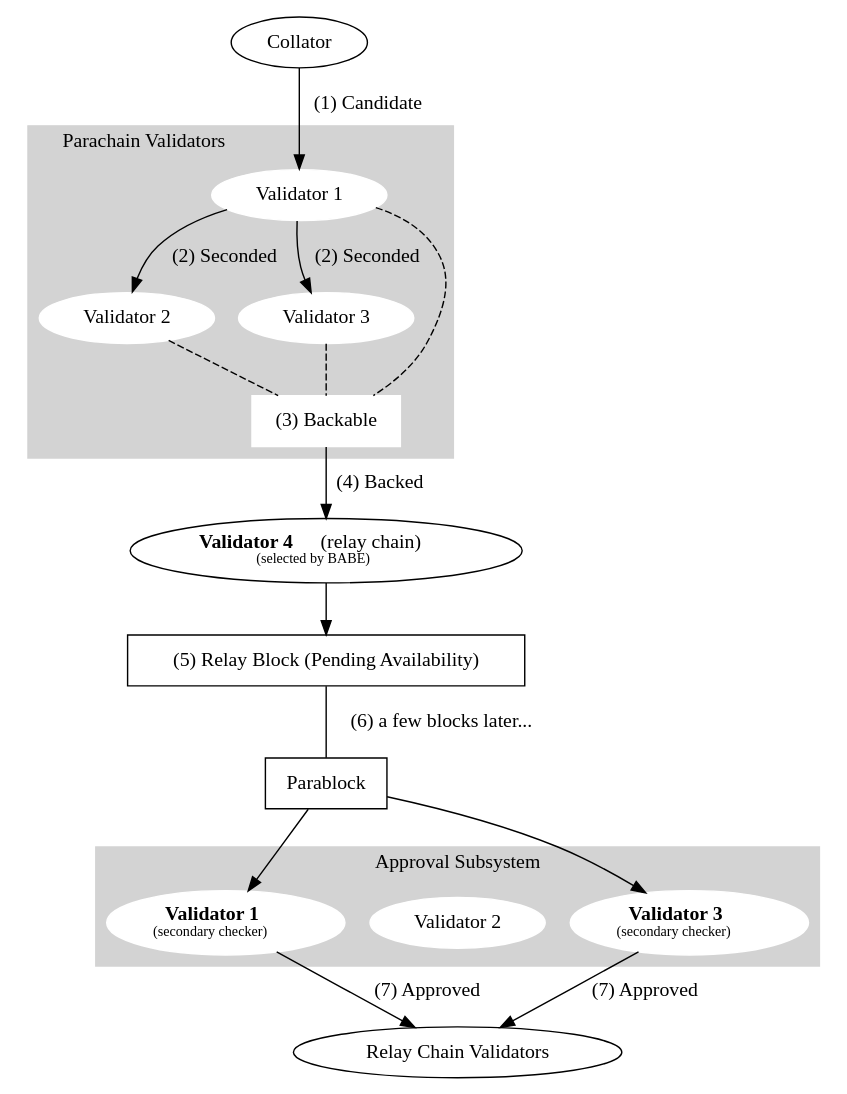
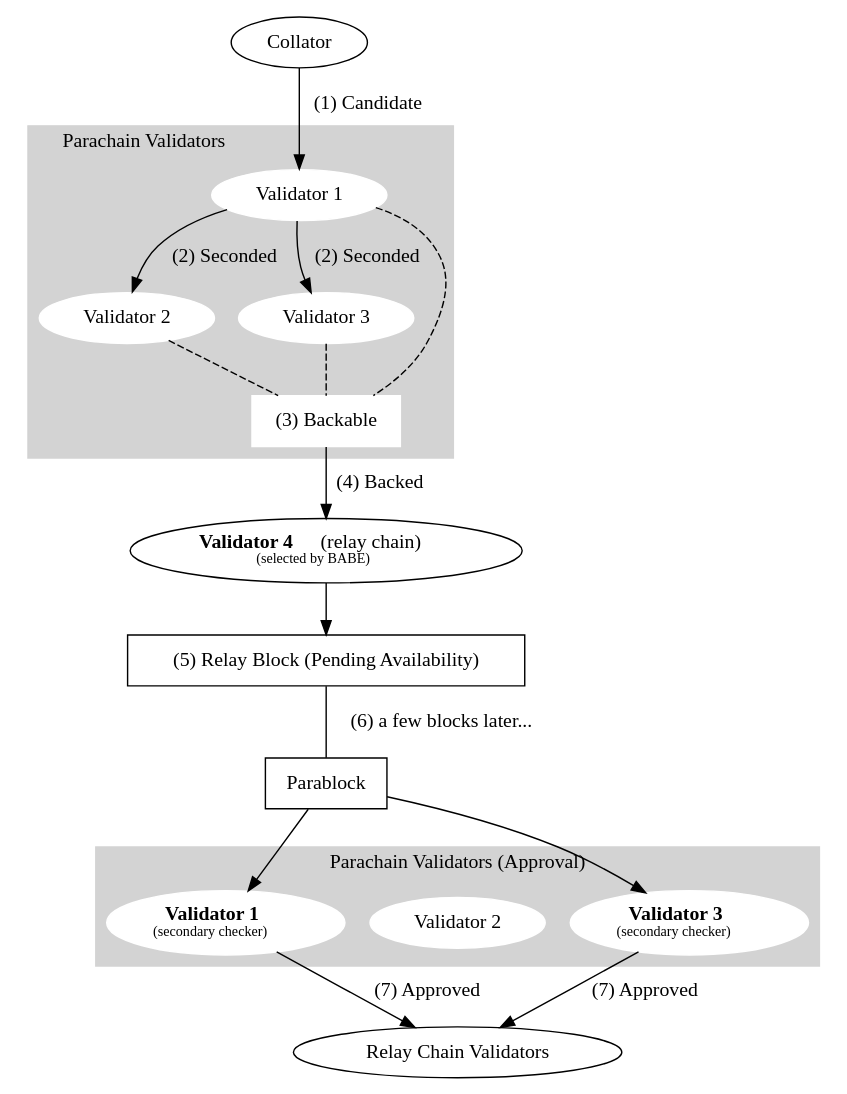
One commit to paritytech/polkadot changed the first of 3 diagrams in roadmap/implementers-guide/src/parachains-overview.md. Above: the diagram before and after it, drawn with Graphviz.

Commit message:
guide: rename Approval Subsystem for clarity

````diff
--- a/roadmap/implementers-guide/src/parachains-overview.md
+++ b/roadmap/implementers-guide/src/parachains-overview.md
@@ -59,73 +59,72 @@
 ```dot process Inclusion Pipeline
 digraph {
 	subgraph cluster_vg {
 		label="Parachain Validators"
 		labeljust=l
 		style=filled
 		color=lightgrey
 		node [style=filled color=white]
 
 		v1 [label="Validator 1"]
 		v2 [label="Validator 2"]
 		v3 [label="Validator 3"]
 
 		b [label="(3) Backable", shape=box]
 
 		v1 -> v2 [label="(2) Seconded"]
 		v1 -> v3 [label="(2) Seconded"]
 
 		v2 -> b [style=dashed arrowhead=none]
 		v3 -> b [style=dashed arrowhead=none]
 		v1 -> b [style=dashed arrowhead=none]
 
 	}
 
 	v4 [label=<
 		<b>Validator 4</b> (relay chain)
 		<br/>
 		<font point-size="10">
 			(selected by BABE)
 		</font>
 	>]
 
 	col [label="Collator"]
 	pa [label="(5) Relay Block (Pending Availability)", shape=box]
 	pb [label="Parablock", shape=box]
 	rc [label="Relay Chain Validators"]
 
 	subgraph cluster_approval {
-		label="Approval Subsystem"
+		label="Parachain Validators (Approval)"
 		labeljust=c
 		style=filled
 		color=lightgrey
 		node [style=filled color=white]
 
 		a1 [label=<
 			<b>Validator 1</b>
 			<br/>
 			<font point-size="10">
 				(secondary checker)
 			</font>
 		>]
 		a2 [label="Validator 2"]
 		a3 [label=<
 			<b>Validator 3</b>
 			<br/>
 			<font point-size="10">
 				(secondary checker)
 			</font>
 		>]
 	}
 
 	b -> v4 [label="(4) Backed"]
 	col -> v1 [label="(1) Candidate"]
 	v4 -> pa
 	pa -> pb [label="(6) a few blocks later..." arrowhead=none]
 	pb -> a1
 	pb -> a3
 
 	a1 -> rc [label="(7) Approved"]
 	a3 -> rc [label="(7) Approved"]
-
 }
 ```
````
